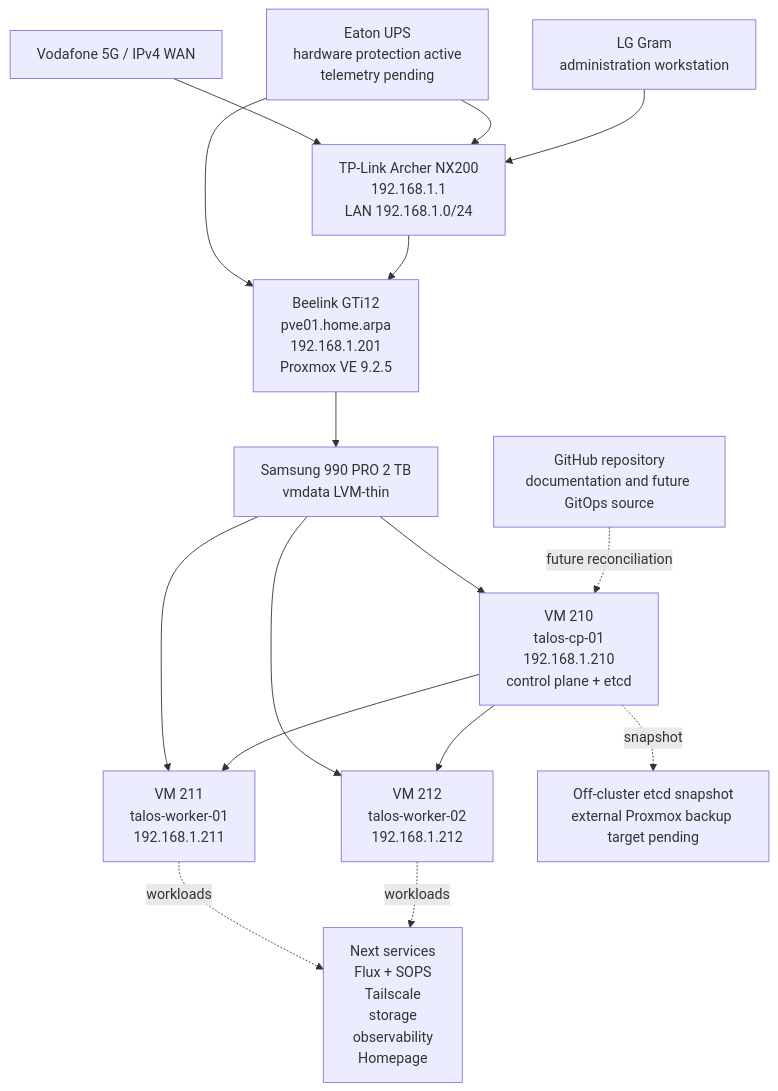
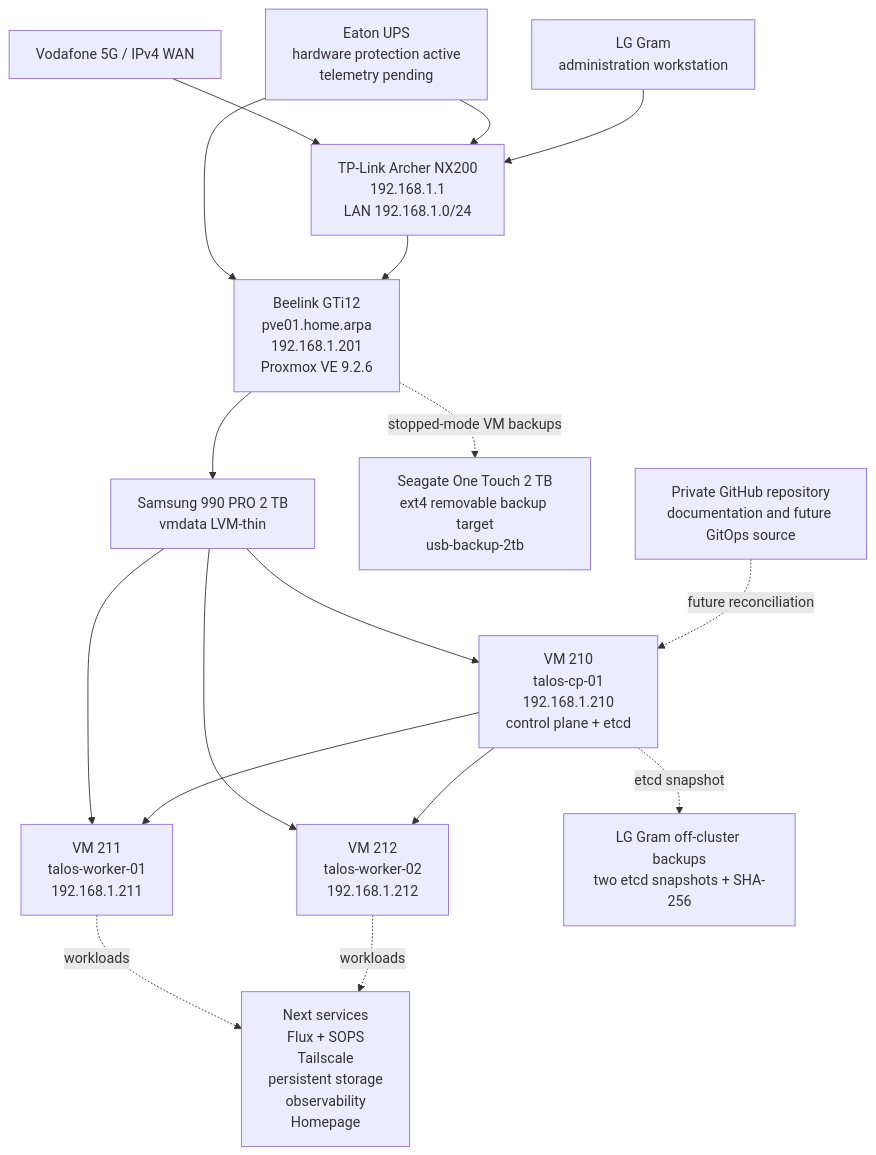
One commit to dgsuma/dgs-private-cloud changed the diagram in README.md. Above: the diagram before and after it, drawn with Mermaid. The commit also changed other lines of this file and 18 other files, not shown here.

Commit message:
docs: record VM and etcd backup baseline

````diff
--- a/README.md
+++ b/README.md
@@ -39,31 +42,33 @@
 ```mermaid
 flowchart TB
     Internet["Vodafone 5G / IPv4 WAN"]
     UPS["Eaton UPS<br/>hardware protection active<br/>telemetry pending"]
     Router["TP-Link Archer NX200<br/>192.168.1.1<br/>LAN 192.168.1.0/24"]
     Admin["LG Gram<br/>administration workstation"]
-    PVE["Beelink GTi12<br/>pve01.home.arpa<br/>192.168.1.201<br/>Proxmox VE 9.2.5"]
+    PVE["Beelink GTi12<br/>pve01.home.arpa<br/>192.168.1.201<br/>Proxmox VE 9.2.6"]
     Storage["Samsung 990 PRO 2 TB<br/>vmdata LVM-thin"]
     CP["VM 210<br/>talos-cp-01<br/>192.168.1.210<br/>control plane + etcd"]
     W1["VM 211<br/>talos-worker-01<br/>192.168.1.211"]
     W2["VM 212<br/>talos-worker-02<br/>192.168.1.212"]
-    Git["GitHub repository<br/>documentation and future GitOps source"]
-    Backup["Off-cluster etcd snapshot<br/>external Proxmox backup target pending"]
-    Future["Next services<br/>Flux + SOPS<br/>Tailscale<br/>storage<br/>observability<br/>Homepage"]
+    USB["Seagate One Touch 2 TB<br/>ext4 removable backup target<br/>usb-backup-2tb"]
+    Etcd["LG Gram off-cluster backups<br/>two etcd snapshots + SHA-256"]
+    Git["Private GitHub repository<br/>documentation and future GitOps source"]
+    Future["Next services<br/>Flux + SOPS<br/>Tailscale<br/>persistent storage<br/>observability<br/>Homepage"]
 
     Internet --> Router
     UPS --> Router
     UPS --> PVE
     Admin --> Router
     Router --> PVE
     PVE --> Storage
     Storage --> CP
     Storage --> W1
     Storage --> W2
     CP --> W1
     CP --> W2
-    CP -. snapshot .-> Backup
+    CP -. etcd snapshot .-> Etcd
+    PVE -. stopped-mode VM backups .-> USB
     Git -. future reconciliation .-> CP
     W1 -. workloads .-> Future
     W2 -. workloads .-> Future
 ```
````
